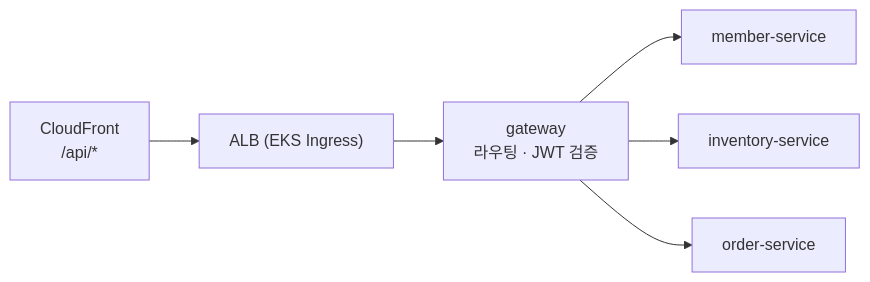
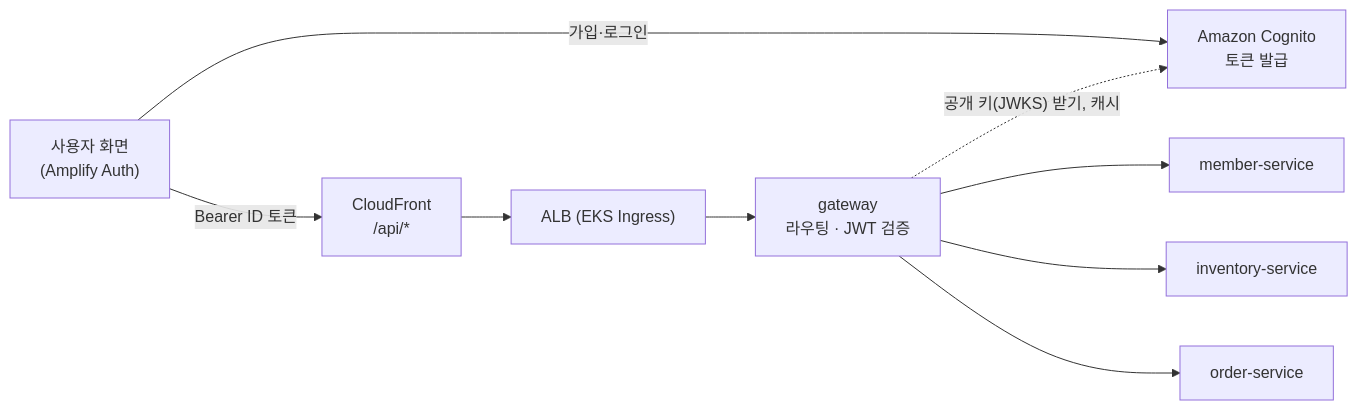
One commit to sesac-freshlink/gateway changed the diagram in README.md. Above: the diagram before and after it, drawn with Mermaid. The commit also changed other lines of this file and 1 other file, not shown here.

Commit message:
docs: 로그인을 Amazon Cognito로 전환 (JWKS RS256 검증)

````diff
--- a/README.md
+++ b/README.md
@@ -21,8 +21,11 @@
 ```mermaid
 flowchart LR
-    CF["CloudFront<br/>/api/*"] --> ALB["ALB (EKS Ingress)"]
+    U["사용자 화면<br/>(Amplify Auth)"] -- "가입·로그인" --> COG["Amazon Cognito<br/>토큰 발급"]
+    U -- "Bearer ID 토큰" --> CF["CloudFront<br/>/api/*"]
+    CF --> ALB["ALB (EKS Ingress)"]
     ALB --> GW["gateway<br/>라우팅 · JWT 검증"]
+    GW -. "공개 키(JWKS) 받기, 캐시" .-> COG
     GW --> MEM["member-service"]
     GW --> INV["inventory-service"]
     GW --> ORD["order-service"]
 ```
````
